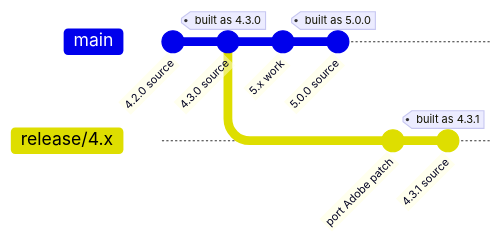
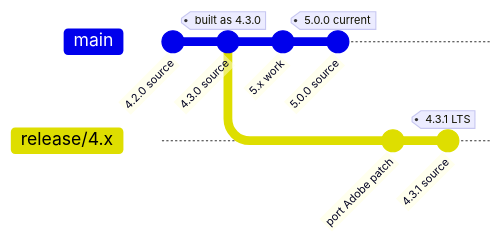
Before and after one commit to marcelmtz/generate-mirror-repo-js: the second of 2 diagrams in RELEASE-GRACE-WINDOW-PROPOSAL.md, drawn with Mermaid. The commit also changed other lines of this file and 2 other files, not shown here.

First line of the commit message:
Mark the LTS line in the diagrams

````diff
--- a/RELEASE-GRACE-WINDOW-PROPOSAL.md
+++ b/RELEASE-GRACE-WINDOW-PROPOSAL.md
@@ -105,12 +105,12 @@
 ```mermaid
 gitGraph
     commit id: "4.2.0 source"
     commit id: "4.3.0 source" tag: "built as 4.3.0"
     branch release/4.x
     checkout main
     commit id: "5.x work"
-    commit id: "5.0.0 source" tag: "built as 5.0.0"
+    commit id: "5.0.0 source" tag: "5.0.0 current"
     checkout release/4.x
     commit id: "port Adobe patch"
-    commit id: "4.3.1 source" tag: "built as 4.3.1"
+    commit id: "4.3.1 source" tag: "4.3.1 LTS"
 ```
````
